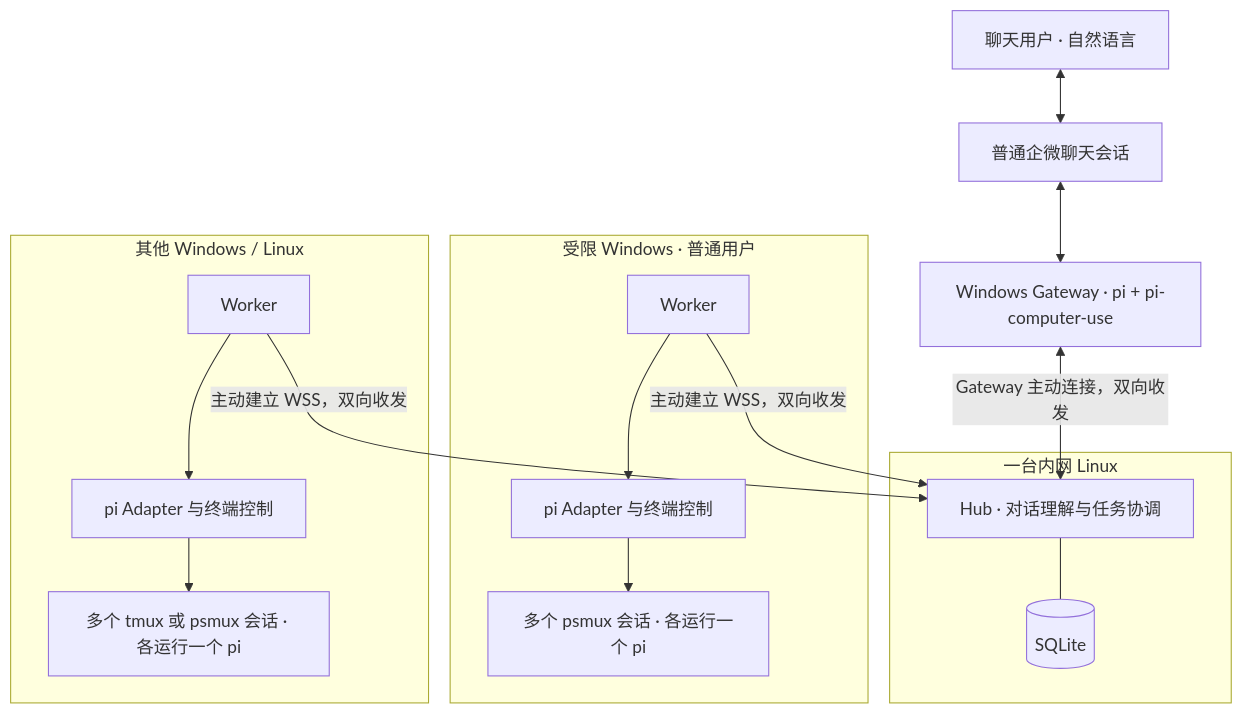
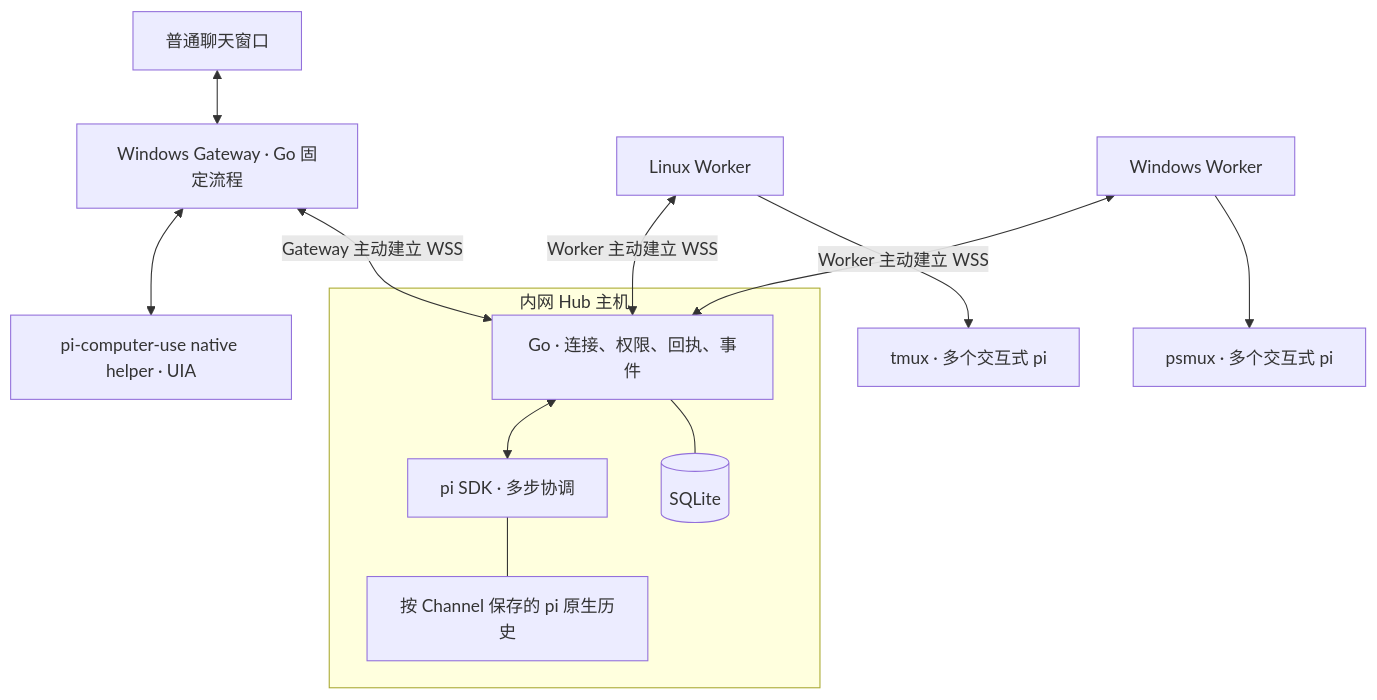
One commit to thune-xiaobai/relaydock changed the diagram in docs/architecture.md. Above: the diagram before and after it, drawn with Mermaid. The commit also changed other lines of this file and 25 other files, not shown here.

Commit message:
feat: use pi SDK coordination and deterministic WeCom gateway

````diff
--- a/docs/architecture.md
+++ b/docs/architecture.md
@@ -29,21 +15,16 @@
 ```mermaid
 flowchart TB
-    Chat[聊天用户 · 自然语言] <--> Provider[普通企微聊天会话]
-    Provider <--> Channel[Windows Gateway · pi + pi-computer-use]
-    Channel <-->|Gateway 主动连接，双向收发| Hub
-    subgraph Host[一台内网 Linux]
-        Hub[Hub · 对话理解与任务协调]
-        DB[(SQLite)]
-        Hub --- DB
+    Chat[普通聊天窗口] <--> Gateway[Windows Gateway · Go 固定流程]
+    Gateway <--> Helper[pi-computer-use native helper · UIA]
+    Gateway <-->|Gateway 主动建立 WSS| Hub
+    subgraph Center[内网 Hub 主机]
+        Hub[Go · 连接、权限、回执、事件]
+        Hub <--> Loop[pi SDK · 多步协调]
+        Hub --- DB[(SQLite)]
+        Loop --- History[按 Channel 保存的 pi 原生历史]
     end
-    subgraph Windows[受限 Windows · 普通用户]
-        W1[Worker] --> A1[pi Adapter 与终端控制]
-        A1 --> P1[多个 psmux 会话 · 各运行一个 pi]
-    end
-    subgraph Other[其他 Windows / Linux]
-        W2[Worker] --> A2[pi Adapter 与终端控制]
-        A2 --> P2[多个 tmux 或 psmux 会话 · 各运行一个 pi]
-    end
-    W1 -->|主动建立 WSS，双向收发| Hub
-    W2 -->|主动建立 WSS，双向收发| Hub
+    W1[Linux Worker] <-->|Worker 主动建立 WSS| Hub
+    W2[Windows Worker] <-->|Worker 主动建立 WSS| Hub
+    W1 --> A1[tmux · 多个交互式 pi]
+    W2 --> A2[psmux · 多个交互式 pi]
 ```
````
